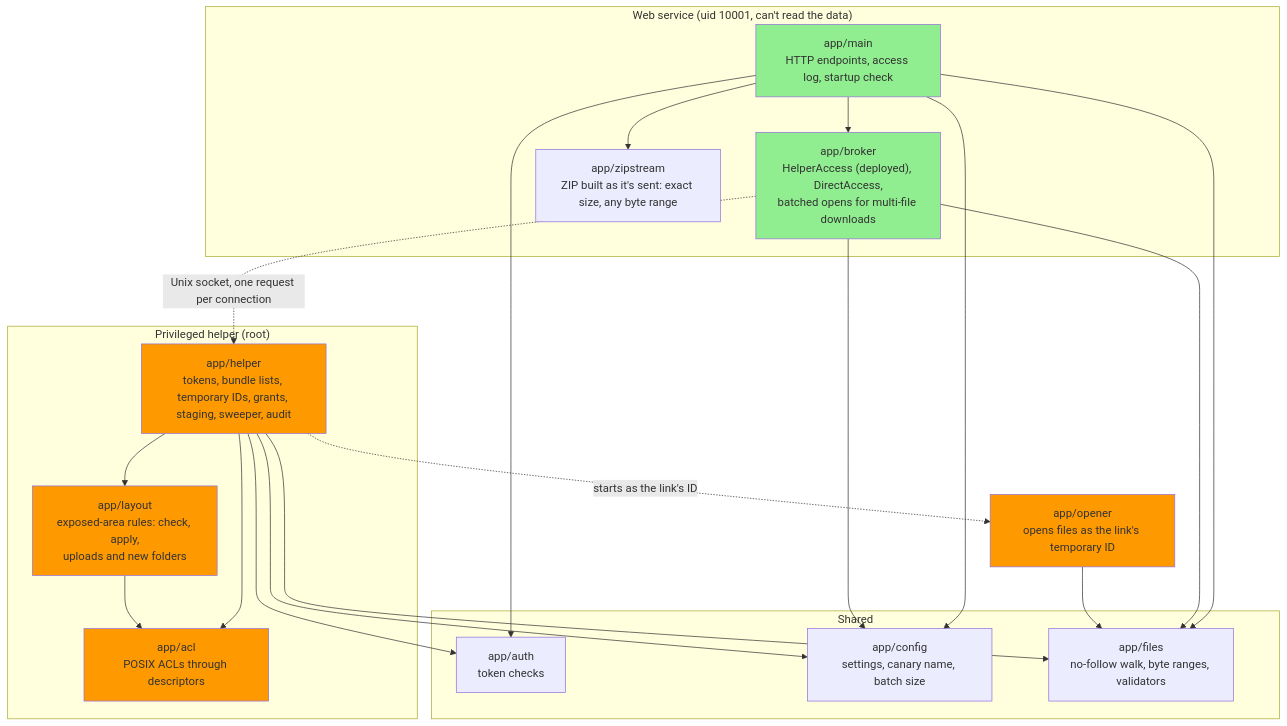
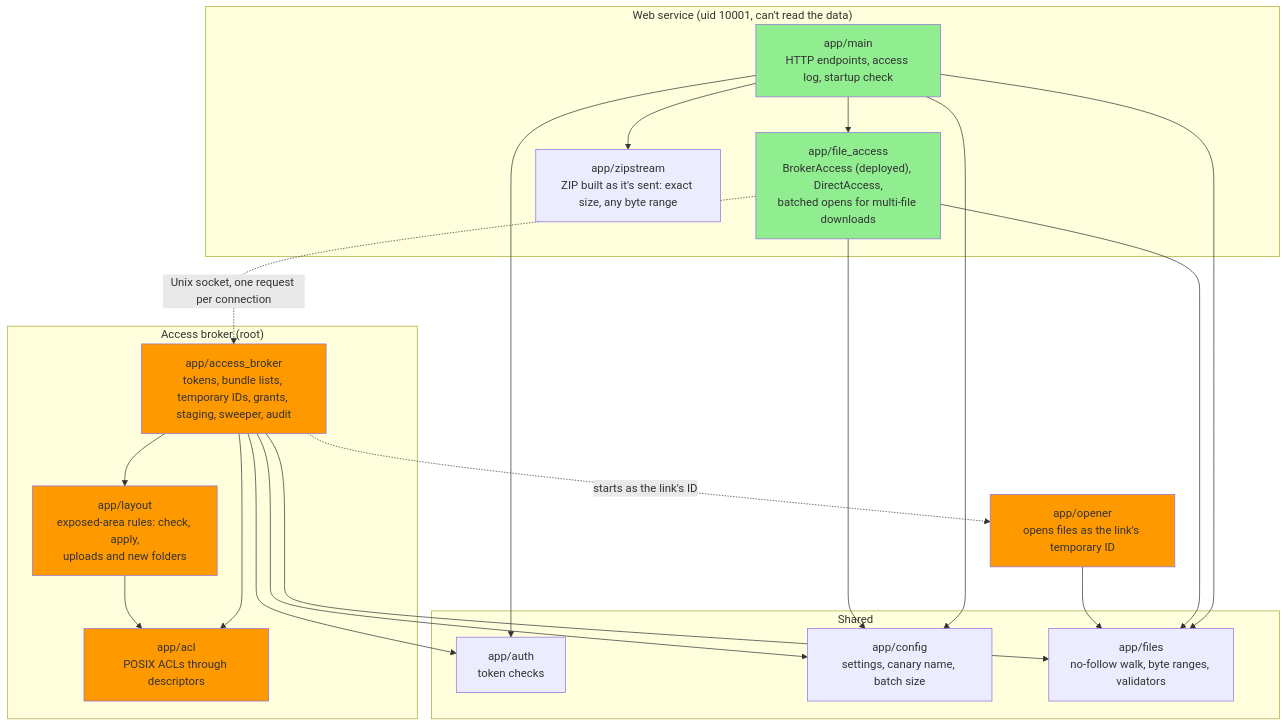
Before and after one commit to pmahon3/Data-Portal: the second of 3 diagrams in docs/diagrams/posix-components.md, drawn with Mermaid. The commit also changed other lines of this file and 30 other files, not shown here.

First line of the commit message:
refactor(posix): name the modes for who reads the files; the helper is the access broker

````diff
--- a/docs/diagrams/posix-components.md
+++ b/docs/diagrams/posix-components.md
@@ -66,45 +66,45 @@
 ```mermaid
 %% check: gateway-modules
 flowchart TB
     subgraph webside["Web service (uid 10001, can't read the data)"]
         main["app/main<br/>HTTP endpoints, access log, startup check"]
-        broker["app/broker<br/>HelperAccess (deployed), DirectAccess,<br/>batched opens for multi-file downloads"]
+        file_access["app/file_access<br/>BrokerAccess (deployed), DirectAccess,<br/>batched opens for multi-file downloads"]
         zipstream["app/zipstream<br/>ZIP built as it's sent: exact size, any byte range"]
     end
     subgraph shared["Shared"]
         auth["app/auth<br/>token checks"]
         config["app/config<br/>settings, canary name, batch size"]
         files["app/files<br/>no-follow walk, byte ranges, validators"]
     end
-    subgraph privileged["Privileged helper (root)"]
-        helper["app/helper<br/>tokens, bundle lists, temporary IDs, grants, staging, sweeper, audit"]
+    subgraph privileged["Access broker (root)"]
+        broker["app/access_broker<br/>tokens, bundle lists, temporary IDs, grants, staging, sweeper, audit"]
         acl["app/acl<br/>POSIX ACLs through descriptors"]
         layout["app/layout<br/>exposed-area rules: check, apply,<br/>uploads and new folders"]
     end
     opener["app/opener<br/>opens files as the link's temporary ID"]
 
     main --> auth
-    main --> broker
+    main --> file_access
     main --> config
     main --> files
     main --> zipstream
+    file_access --> config
+    file_access --> files
+    broker --> acl
+    broker --> auth
     broker --> config
     broker --> files
-    helper --> acl
-    helper --> auth
-    helper --> config
-    helper --> files
-    helper --> layout
+    broker --> layout
     layout --> acl
     opener --> files
 
-    broker -. "Unix socket, one request per connection" .-> helper
-    helper -. "starts as the link's ID" .-> opener
+    file_access -. "Unix socket, one request per connection" .-> broker
+    broker -. "starts as the link's ID" .-> opener
 
     style main fill:#90EE90
-    style broker fill:#90EE90
-    style helper fill:#FF9900
+    style file_access fill:#90EE90
+    style broker fill:#FF9900
     style acl fill:#FF9900
     style layout fill:#FF9900
     style opener fill:#FF9900
 ```
````
